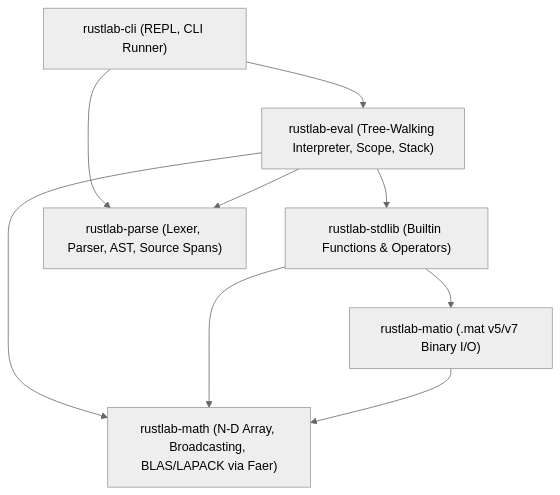
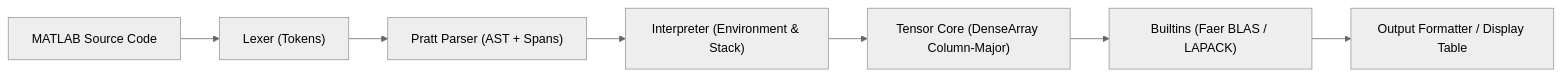
One commit to varunkumar898/MatRust-Studio changed the second of 4 diagrams in docs/architecture.md. Above: the diagram before and after it, drawn with Mermaid (neutral theme). The commit also changed other lines of this file and 6 other files, not shown here.

Commit message:
docs: contributor guide, development reference, repository map, and architecture reconciliation

````diff
--- a/docs/architecture.md
+++ b/docs/architecture.md
@@ -9,18 +125,9 @@
 ```mermaid
-graph TD
-    CLI["rustlab-cli (REPL, CLI Runner)"]
-    INTERP["rustlab-eval (Tree-Walking Interpreter, Scope, Stack)"]
-    STDLIB["rustlab-stdlib (Builtin Functions & Operators)"]
-    PARSE["rustlab-parse (Lexer, Parser, AST, Source Spans)"]
-    CORE["rustlab-math (N-D Array, Broadcasting, BLAS/LAPACK via Faer)"]
-    MATIO["rustlab-matio (.mat v5/v7 Binary I/O)"]
-
-    CLI --> INTERP
-    CLI --> PARSE
-    INTERP --> STDLIB
-    INTERP --> PARSE
-    INTERP --> CORE
-    STDLIB --> CORE
-    STDLIB --> MATIO
-    MATIO --> CORE
+flowchart LR
+    SRC["MATLAB Source Code"] --> LEX["Lexer (Tokens)"]
+    LEX --> PRS["Pratt Parser (AST + Spans)"]
+    PRS --> EVL["Interpreter (Environment & Stack)"]
+    EVL --> TNS["Tensor Core (DenseArray Column-Major)"]
+    TNS --> STD["Builtins (Faer BLAS / LAPACK)"]
+    STD --> OUT["Output Formatter / Display Table"]
 ```
````
